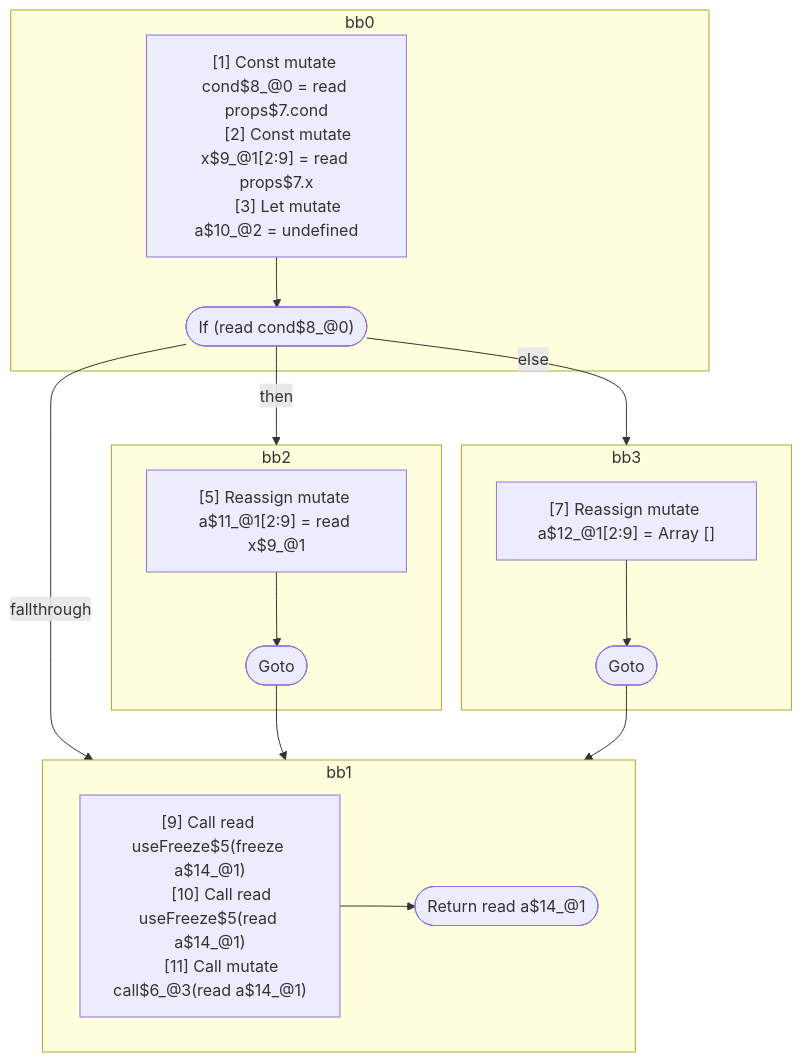
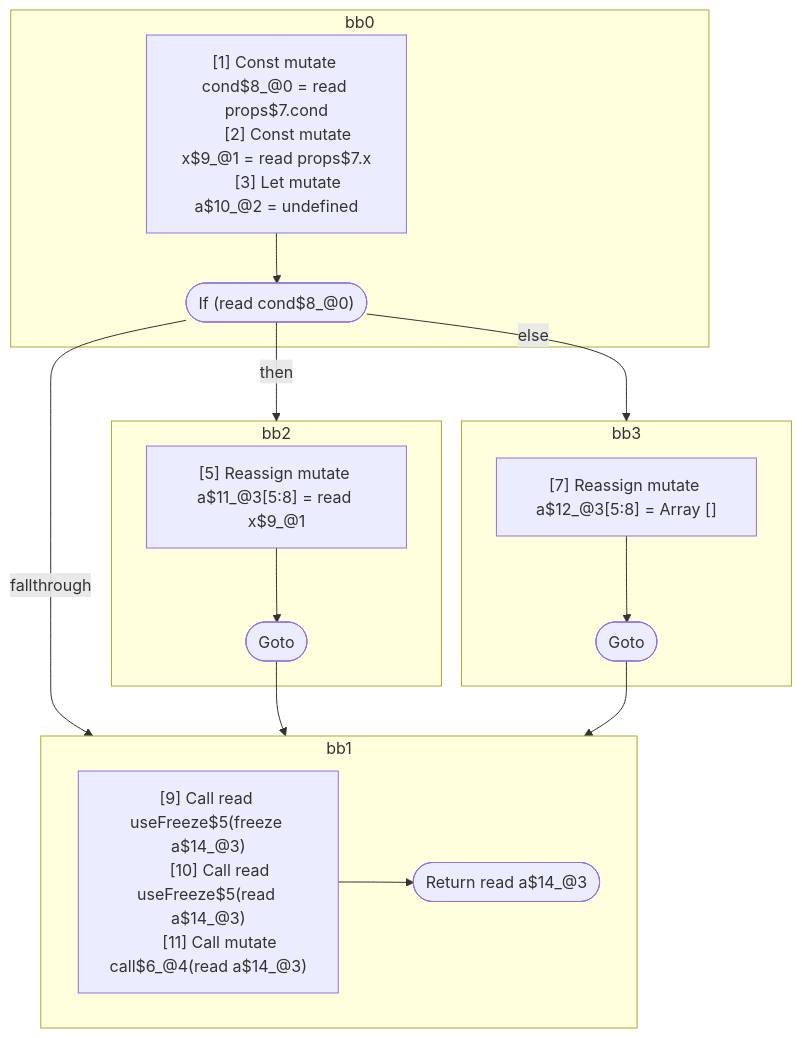
Before and after one commit to wutsmog/private: the first of 3 diagrams in compiler/forget/src/__tests__/fixtures/hir/hooks-freeze-possibly-mutable-arguments.expect.md, drawn with Mermaid. The commit also changed other lines of this file and 4 other files, not shown here.

````diff
--- a/compiler/forget/src/__tests__/fixtures/hir/hooks-freeze-possibly-mutable-arguments.expect.md
+++ b/compiler/forget/src/__tests__/fixtures/hir/hooks-freeze-possibly-mutable-arguments.expect.md
@@ -57,40 +58,40 @@
 ```mermaid
 flowchart TB
   %% Basic Blocks
   subgraph bb0
     bb0_instrs["
       [1] Const mutate cond$8_@0 = read props$7.cond
-      [2] Const mutate x$9_@1[2:9] = read props$7.x
+      [2] Const mutate x$9_@1 = read props$7.x
       [3] Let mutate a$10_@2 = undefined
     "]
     bb0_instrs --> bb0_terminal(["If (read cond$8_@0)"])
   end
   subgraph bb2
     bb2_instrs["
-      [5] Reassign mutate a$11_@1[2:9] = read x$9_@1
+      [5] Reassign mutate a$11_@3[5:8] = read x$9_@1
     "]
     bb2_instrs --> bb2_terminal(["Goto"])
   end
   subgraph bb3
     bb3_instrs["
-      [7] Reassign mutate a$12_@1[2:9] = Array []
+      [7] Reassign mutate a$12_@3[5:8] = Array []
     "]
     bb3_instrs --> bb3_terminal(["Goto"])
   end
   subgraph bb1
     bb1_instrs["
-      [9] Call read useFreeze$5(freeze a$14_@1)
-      [10] Call read useFreeze$5(read a$14_@1)
-      [11] Call mutate call$6_@3(read a$14_@1)
+      [9] Call read useFreeze$5(freeze a$14_@3)
+      [10] Call read useFreeze$5(read a$14_@3)
+      [11] Call mutate call$6_@4(read a$14_@3)
     "]
-    bb1_instrs --> bb1_terminal(["Return read a$14_@1"])
+    bb1_instrs --> bb1_terminal(["Return read a$14_@3"])
   end
 
   %% Jumps
   bb0_terminal -- "then" --> bb2
   bb0_terminal -- "else" --> bb3
   bb0_terminal -- "fallthrough" --> bb1
   bb2_terminal --> bb1
   bb3_terminal --> bb1
 
 ```
````
